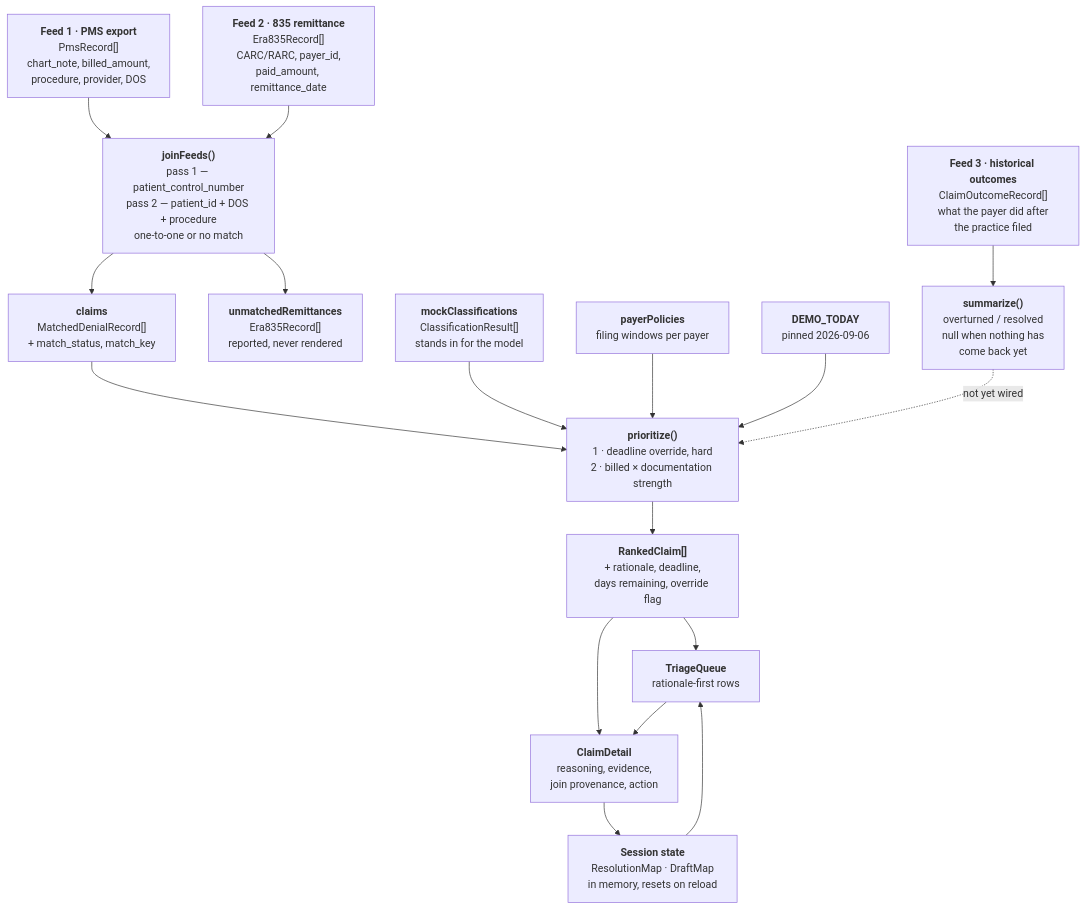
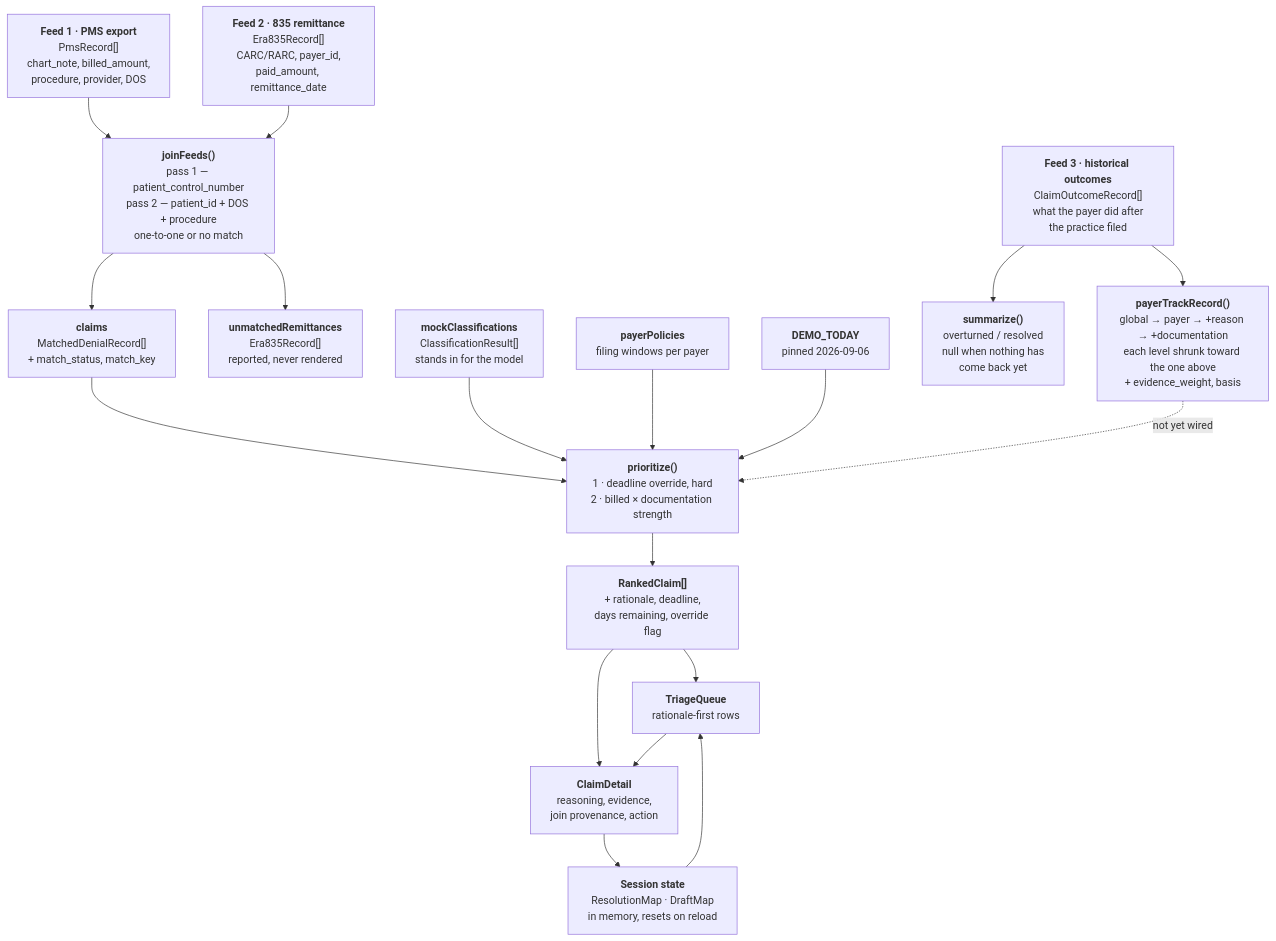
One commit to jrs-25/gumline changed the diagram in docs/system-diagram.md. Above: the diagram before and after it, drawn with Mermaid. The commit also changed other lines of this file and 3 other files, not shown here.

First line of the commit message:
Derive payer track record from the outcomes log

````diff
--- a/docs/system-diagram.md
+++ b/docs/system-diagram.md
@@ -12,43 +12,45 @@
 ```mermaid
 flowchart TD
     PMS["<b>Feed 1 · PMS export</b><br/>PmsRecord[]<br/>chart_note, billed_amount,<br/>procedure, provider, DOS"]
     ERA["<b>Feed 2 · 835 remittance</b><br/>Era835Record[]<br/>CARC/RARC, payer_id,<br/>paid_amount, remittance_date"]
 
     JOIN["<b>joinFeeds()</b><br/>pass 1 — patient_control_number<br/>pass 2 — patient_id + DOS + procedure<br/>one-to-one or no match"]
 
     CLAIMS["<b>claims</b><br/>MatchedDenialRecord[]<br/>+ match_status, match_key"]
     ORPHANS["<b>unmatchedRemittances</b><br/>Era835Record[]<br/>reported, never rendered"]
 
     CLS["<b>mockClassifications</b><br/>ClassificationResult[]<br/>stands in for the model"]
     POL["<b>payerPolicies</b><br/>filing windows per payer"]
     TODAY["<b>DEMO_TODAY</b><br/>pinned 2026-09-06"]
 
     OUT["<b>Feed 3 · historical outcomes</b><br/>ClaimOutcomeRecord[]<br/>what the payer did after<br/>the practice filed"]
     SUM["<b>summarize()</b><br/>overturned / resolved<br/>null when nothing has<br/>come back yet"]
+    TRACK["<b>payerTrackRecord()</b><br/>global → payer → +reason → +documentation<br/>each level shrunk toward the one above<br/>+ evidence_weight, basis"]
 
     PRIO["<b>prioritize()</b><br/>1 · deadline override, hard<br/>2 · billed × documentation strength"]
 
     RANKED["<b>RankedClaim[]</b><br/>+ rationale, deadline,<br/>days remaining, override flag"]
 
     QUEUE["<b>TriageQueue</b><br/>rationale-first rows"]
     DETAIL["<b>ClaimDetail</b><br/>reasoning, evidence,<br/>join provenance, action"]
     STATE["<b>Session state</b><br/>ResolutionMap · DraftMap<br/>in memory, resets on reload"]
 
     PMS --> JOIN
     ERA --> JOIN
     JOIN --> CLAIMS
     JOIN --> ORPHANS
     CLAIMS --> PRIO
     CLS --> PRIO
     POL --> PRIO
     TODAY --> PRIO
     PRIO --> RANKED
     RANKED --> QUEUE
     RANKED --> DETAIL
     QUEUE --> DETAIL
     DETAIL --> STATE
     STATE --> QUEUE
 
     OUT --> SUM
-    SUM -.->|not yet wired| PRIO
+    OUT --> TRACK
+    TRACK -.->|not yet wired| PRIO
 ```
````
